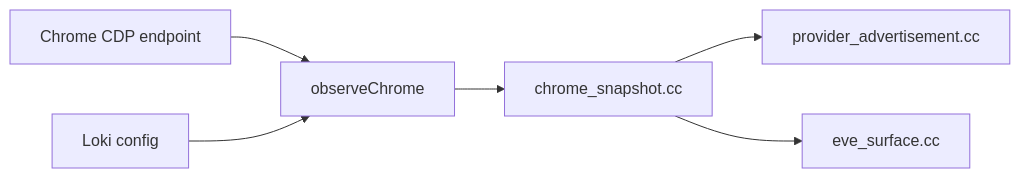
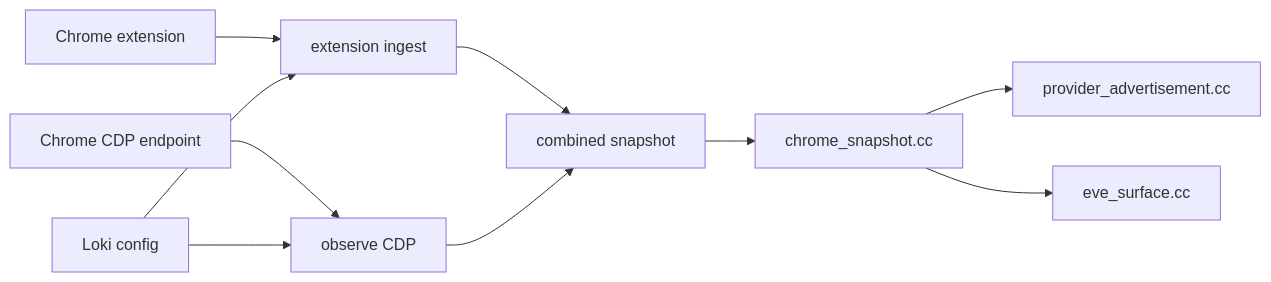
Before and after one commit to GameCult/Loki: the diagram in docs/architecture.md, drawn with Mermaid. The commit also changed other lines of this file and 12 other files, not shown here.

Commit message:
Add Loki Chrome extension bridge

````diff
--- a/docs/architecture.md
+++ b/docs/architecture.md
@@ -14,8 +16,12 @@
 ```mermaid
 flowchart LR
-  Chrome["Chrome CDP endpoint"] --> Observe["observeChrome"]
-  Config["Loki config"] --> Observe
-  Observe --> Snapshot["chrome_snapshot.cc"]
+  Extension["Chrome extension"] --> Ingest["extension ingest"]
+  Chrome["Chrome CDP endpoint"] --> Observe["observe CDP"]
+  Config["Loki config"] --> Ingest
+  Config --> Observe
+  Ingest --> Combine["combined snapshot"]
+  Observe --> Combine
+  Combine --> Snapshot["chrome_snapshot.cc"]
   Snapshot --> Provider["provider_advertisement.cc"]
   Snapshot --> Surface["eve_surface.cc"]
 ```
````
